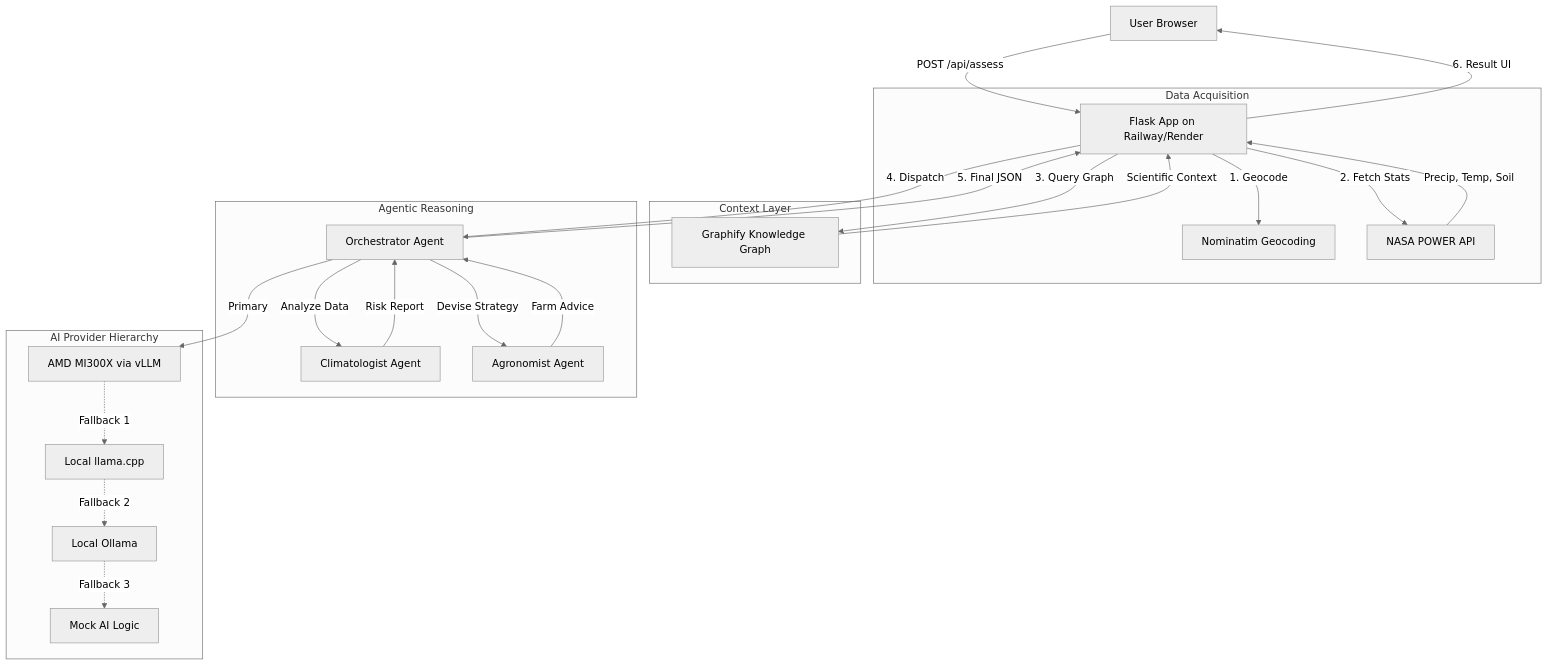
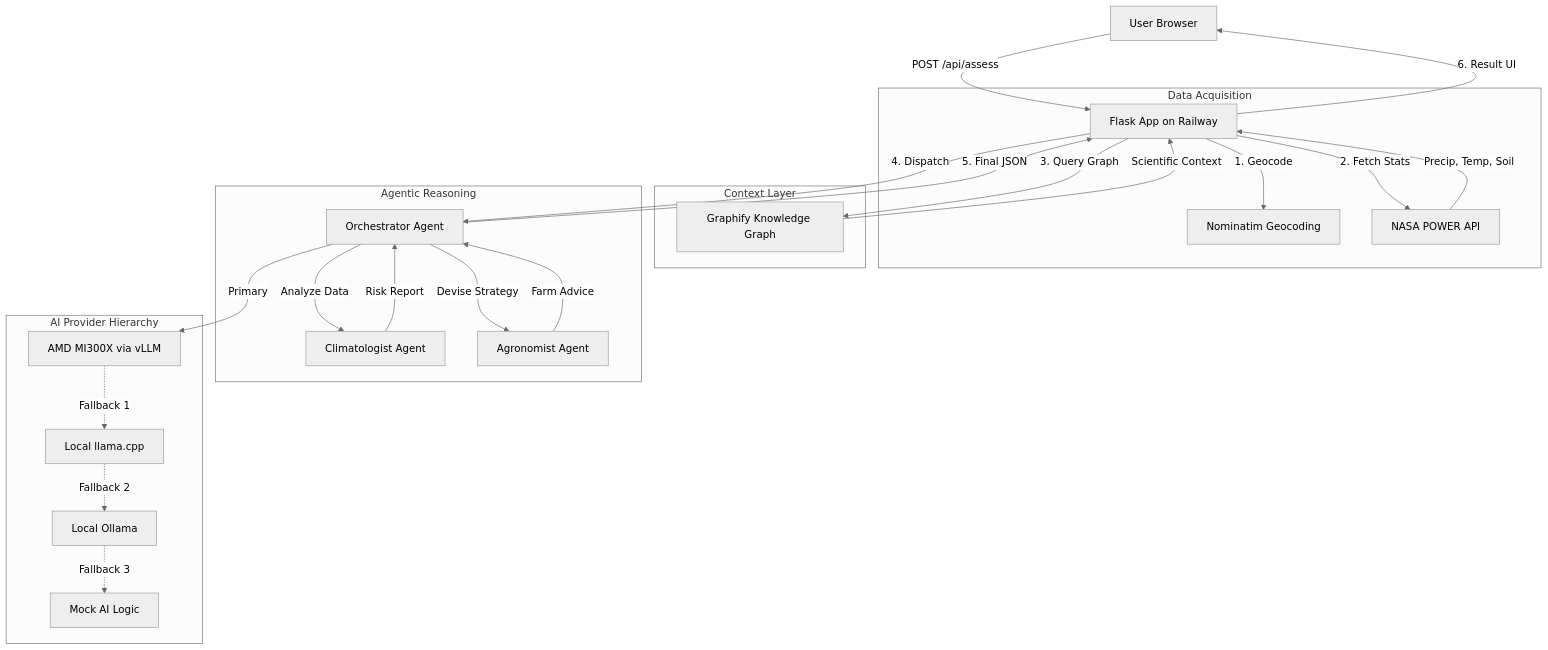
The diagram in README.md (Ohiodawn/DroughtSense), drawn with Mermaid (neutral theme) before and after one commit. The commit also changed other lines of this file and 3 other files, not shown here.

````diff
--- a/README.md
+++ b/README.md
@@ -52,33 +52,33 @@
 ```mermaid
 graph TD
-    User[User Browser] -->|POST /api/assess| Flask[Flask App on Railway/Render]
+    User[User Browser] -->|POST /api/assess| Flask[Flask App on Railway]
     
     subgraph Data Acquisition
         Flask -->|1. Geocode| Nominatim[Nominatim Geocoding]
         Flask -->|2. Fetch Stats| NASA[NASA POWER API]
         NASA -->|Precip, Temp, Soil| Flask
     end
     
     subgraph Context Layer
         Flask -->|3. Query Graph| Graphify[Graphify Knowledge Graph]
         Graphify -->|Scientific Context| Flask
     end
 
     subgraph Agentic Reasoning
         Flask -->|4. Dispatch| Orchestrator[Orchestrator Agent]
         Orchestrator -->|Analyze Data| Climatologist[Climatologist Agent]
         Climatologist -->|Risk Report| Orchestrator
         Orchestrator -->|Devise Strategy| Agronomist[Agronomist Agent]
         Agronomist -->|Farm Advice| Orchestrator
     end
 
     subgraph AI Provider Hierarchy
         Orchestrator -->|Primary| AMD[AMD MI300X via vLLM]
         AMD -.->|Fallback 1| LlamaCPP[Local llama.cpp]
         LlamaCPP -.->|Fallback 2| Ollama[Local Ollama]
         Ollama -.->|Fallback 3| Mock[Mock AI Logic]
     end
     
     Orchestrator -->|5. Final JSON| Flask
     Flask -->|6. Result UI| User
 ```
````
